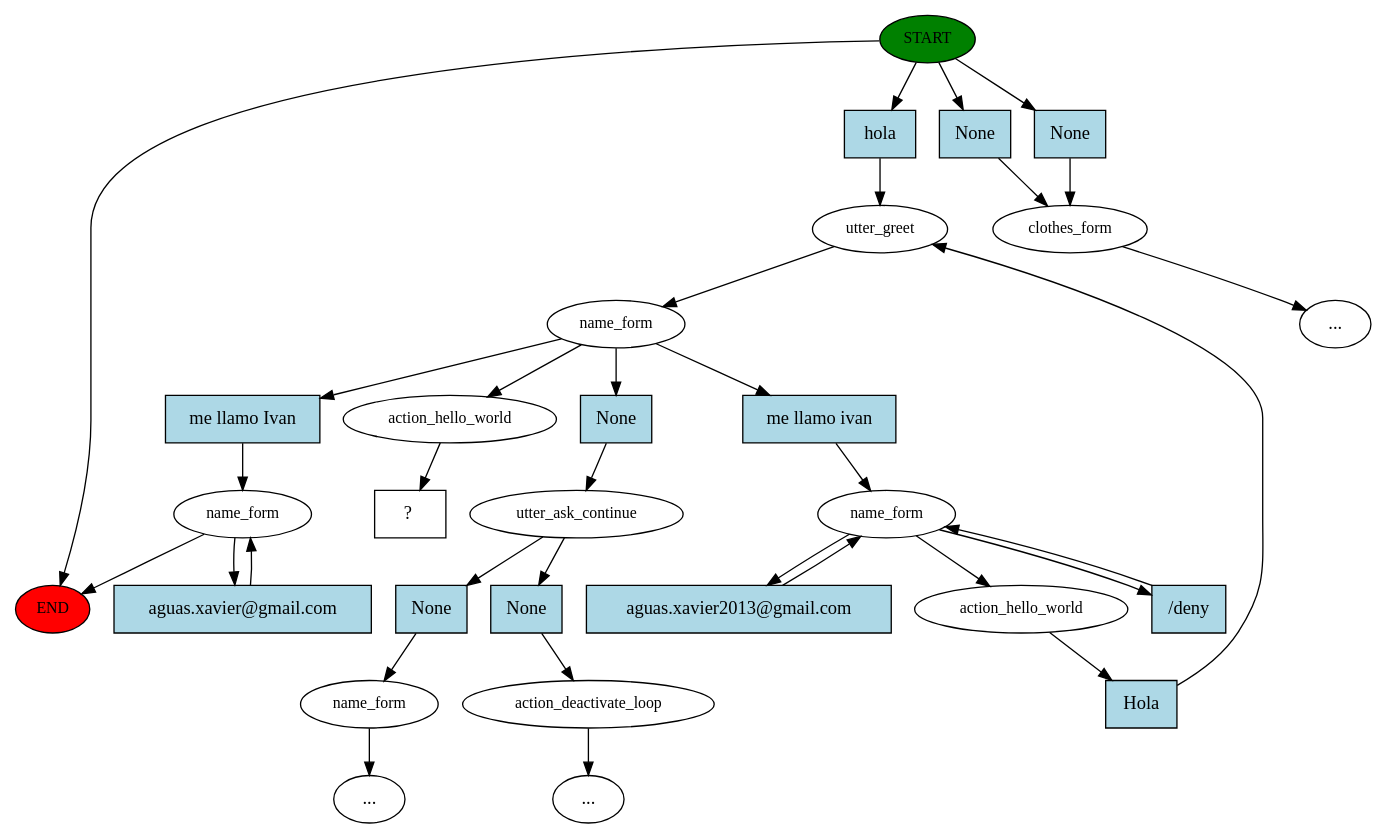
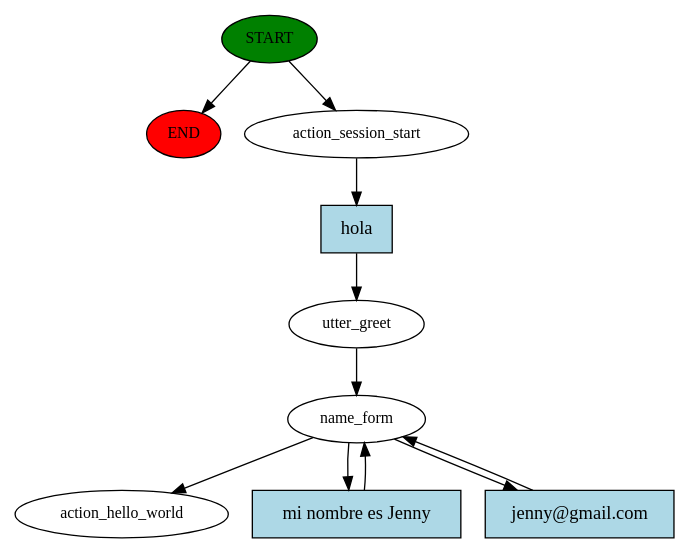
Before and after one commit to kabirivan/Ecommerce-Assistant-Jasmine: the diagram in story_graph.dot, drawn with Graphviz. The commit also changed 5 other files, not shown here.

```diff
--- a/story_graph.dot
+++ b/story_graph.dot
@@ -1,63 +1,21 @@
 digraph  {
 0 [class="start active", fillcolor=green, fontsize=12, label=START, style=filled];
 "-1" [class=end, fillcolor=red, fontsize=12, label=END, style=filled];
-1 [class="", fontsize=12, label=clothes_form];
-"-5" [class=ellipsis, label="..."];
-4 [class=active, fontsize=12, label=utter_greet];
-5 [class=active, fontsize=12, label=name_form];
-6 [class="", fontsize=12, label=utter_ask_continue];
-7 [class="", fontsize=12, label=name_form];
-"-6" [class=ellipsis, label="..."];
-11 [class="", fontsize=12, label=action_deactivate_loop];
-"-7" [class=ellipsis, label="..."];
-14 [class="", fontsize=12, label=name_form];
-18 [class=active, fontsize=12, label=name_form];
-22 [class=active, fontsize=12, label=action_hello_world];
-25 [class=active, fontsize=12, label=action_hello_world];
-26 [class="intent dashed active", label="  ?  ", shape=rect];
-27 [class=intent, fillcolor=lightblue, label=None, shape=rect, style=filled];
-28 [class=intent, fillcolor=lightblue, label=None, shape=rect, style=filled];
-29 [class="intent active", fillcolor=lightblue, label=hola, shape=rect, style=filled];
-30 [class=intent, fillcolor=lightblue, label=None, shape=rect, style=filled];
-31 [class=intent, fillcolor=lightblue, label="me llamo Ivan", shape=rect, style=filled];
-32 [class="intent active", fillcolor=lightblue, label="me llamo ivan", shape=rect, style=filled];
-33 [class=intent, fillcolor=lightblue, label=None, shape=rect, style=filled];
-34 [class=intent, fillcolor=lightblue, label=None, shape=rect, style=filled];
-35 [class=intent, fillcolor=lightblue, label="aguas.xavier@gmail.com", shape=rect, style=filled];
-36 [class="intent active", fillcolor=lightblue, label="/deny", shape=rect, style=filled];
-37 [class="intent active", fillcolor=lightblue, label="aguas.xavier2013@gmail.com", shape=rect, style=filled];
-38 [class="intent active", fillcolor=lightblue, label=Hola, shape=rect, style=filled];
+1 [class=active, fontsize=12, label=action_session_start];
+2 [class=active, fontsize=12, label=utter_greet];
+3 [class=active, fontsize=12, label=name_form];
+6 [class="dashed active", fontsize=12, label=action_hello_world];
+7 [class="intent active", fillcolor=lightblue, label=hola, shape=rect, style=filled];
+8 [class="intent active", fillcolor=lightblue, label="mi nombre es Jenny", shape=rect, style=filled];
+9 [class="intent active", fillcolor=lightblue, label="jenny@gmail.com", shape=rect, style=filled];
 0 -> "-1"  [class="", key=NONE, label=""];
-0 -> 27  [class="", key=0];
-0 -> 28  [class="", key=0];
-0 -> 29  [class=active, key=0];
-1 -> "-5"  [class="", key=NONE, label=""];
-4 -> 5  [class=active, key=NONE, label=""];
-5 -> 25  [class=active, key=NONE, label=""];
-5 -> 30  [class="", key=0];
-5 -> 31  [class="", key=0];
-5 -> 32  [class=active, key=0];
-6 -> 33  [class="", key=0];
-6 -> 34  [class="", key=0];
-7 -> "-6"  [class="", key=NONE, label=""];
-11 -> "-7"  [class="", key=NONE, label=""];
-14 -> "-1"  [class="", key=NONE, label=""];
-14 -> 35  [class="", key=0];
-18 -> 22  [class=active, key=NONE, label=""];
-18 -> 36  [class=active, key=0];
-18 -> 37  [class=active, key=0];
-22 -> 38  [class=active, key=0];
-25 -> 26  [class=active, key=NONE, label=""];
-27 -> 1  [class="", key=0];
-28 -> 1  [class="", key=0];
-29 -> 4  [class=active, key=0];
-30 -> 6  [class="", key=0];
-31 -> 14  [class="", key=0];
-32 -> 18  [class=active, key=0];
-33 -> 7  [class="", key=0];
-34 -> 11  [class="", key=0];
-35 -> 14  [class="", key=0];
-36 -> 18  [class=active, key=0];
-37 -> 18  [class=active, key=0];
-38 -> 4  [class=active, key=0];
+0 -> 1  [class=active, key=NONE, label=""];
+1 -> 7  [class=active, key=0];
+2 -> 3  [class=active, key=NONE, label=""];
+3 -> 6  [class=active, key=NONE, label=""];
+3 -> 8  [class=active, key=0];
+3 -> 9  [class=active, key=0];
+7 -> 2  [class=active, key=0];
+8 -> 3  [class=active, key=0];
+9 -> 3  [class=active, key=0];
 }
```
